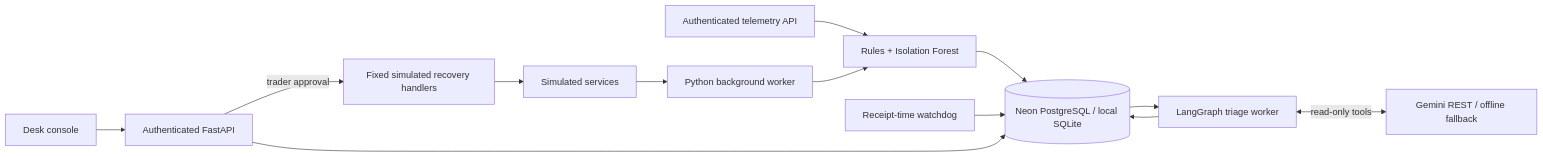
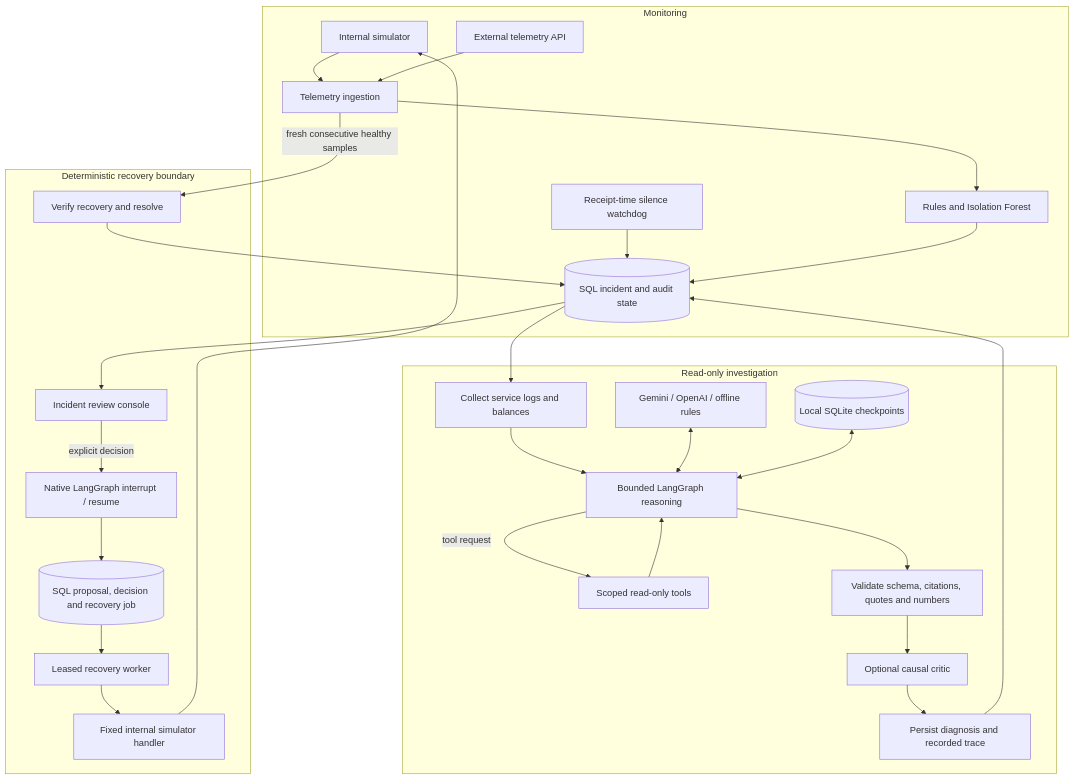
Before and after one commit to VyankateshD206/desk-triager: the diagram in docs/ARCHITECTURE.md, drawn with Mermaid. The commit also changed other lines of this file and 28 other files, not shown here.

````diff
--- a/docs/ARCHITECTURE.md
+++ b/docs/ARCHITECTURE.md
@@ -3,15 +9,32 @@
 ```mermaid
-flowchart LR
-    S[Simulated services] --> W[Python background worker]
-    H[Authenticated telemetry API] --> D[Rules + Isolation Forest]
-    W --> D
-    D --> N[(Neon PostgreSQL / local SQLite)]
-    V[Receipt-time watchdog] --> N
-    N --> T[LangGraph triage worker]
-    T <-->|read-only tools| G[Gemini REST / offline fallback]
-    T --> N
-    UI[Desk console] --> API[Authenticated FastAPI]
-    API --> N
-    API -->|trader approval| R[Fixed simulated recovery handlers]
-    R --> S
+flowchart TB
+    subgraph Monitoring
+        Simulator[Internal simulator] --> Ingest[Telemetry ingestion]
+        External[External telemetry API] --> Ingest
+        Ingest --> Detector[Rules and Isolation Forest]
+        Watchdog[Receipt-time silence watchdog] --> Incidents
+        Detector --> Incidents[(SQL incident and audit state)]
+    end
+    subgraph Investigation[Read-only investigation]
+        Incidents --> Context[Collect service logs and balances]
+        Context --> Reason[Bounded LangGraph reasoning]
+        Reason -->|tool request| Tools[Scoped read-only tools]
+        Tools --> Reason
+        Providers[Gemini / OpenAI / offline rules] <--> Reason
+        Reason --> Verify[Validate schema, citations, quotes and numbers]
+        Verify --> Critic[Optional causal critic]
+        Critic --> Report[Persist diagnosis and recorded trace]
+        Report --> Incidents
+        Checkpoints[(Local SQLite checkpoints)] <--> Reason
+    end
+    subgraph Recovery[Deterministic recovery boundary]
+        Console[Incident review console] -->|explicit decision| Interrupt[Native LangGraph interrupt / resume]
+        Interrupt --> Outbox[(SQL proposal, decision and recovery job)]
+        Outbox --> Worker[Leased recovery worker]
+        Worker --> Handler[Fixed internal simulator handler]
+        Handler --> Simulator
+        Ingest -->|fresh consecutive healthy samples| Resolution[Verify recovery and resolve]
+        Resolution --> Incidents
+    end
+    Incidents --> Console
 ```
````
